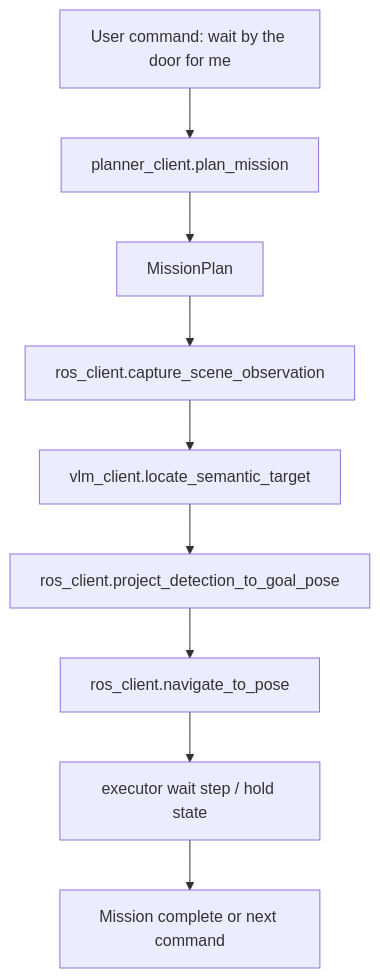
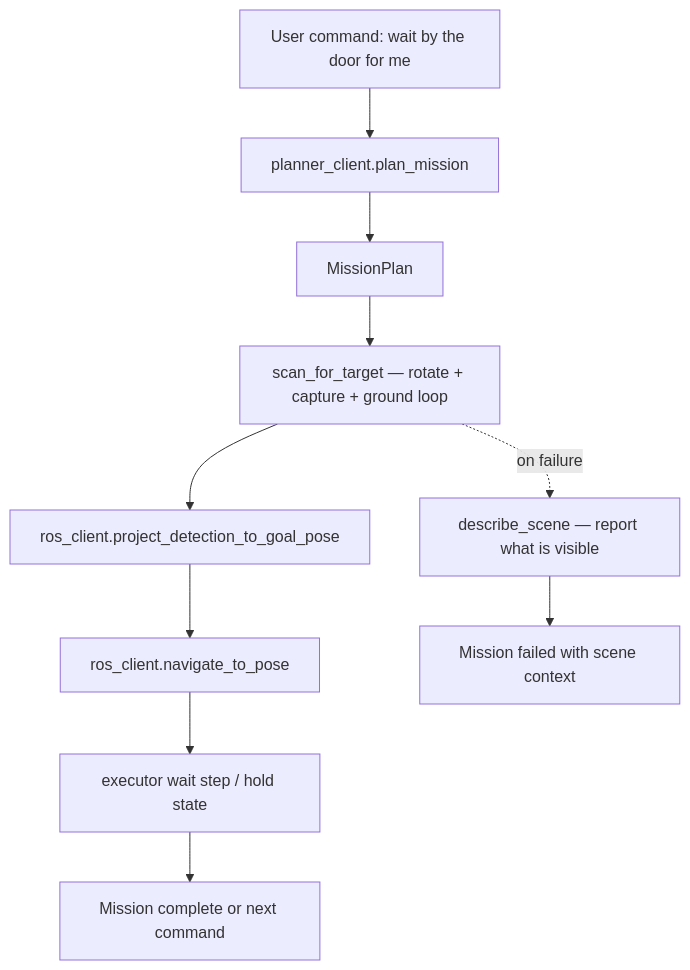
One commit to zachoines/Sim2RealLab changed the fourth of 6 diagrams in docs/STRAFER_AUTONOMY_SYSTEMS_OVERVIEW.md. Above: the diagram before and after it, drawn with Mermaid. The commit also changed other lines of this file and 5 other files, not shown here.

````diff
--- a/docs/STRAFER_AUTONOMY_SYSTEMS_OVERVIEW.md
+++ b/docs/STRAFER_AUTONOMY_SYSTEMS_OVERVIEW.md
@@ -95,11 +95,12 @@
 ```mermaid
 flowchart TD
     C[User command: wait by the door for me] --> P[planner_client.plan_mission]
     P --> MP[MissionPlan]
-    MP --> OBS[ros_client.capture_scene_observation]
-    OBS --> G[vlm_client.locate_semantic_target]
-    G --> PROJ[ros_client.project_detection_to_goal_pose]
+    MP --> SCAN[scan_for_target — rotate + capture + ground loop]
+    SCAN --> PROJ[ros_client.project_detection_to_goal_pose]
     PROJ --> NAV[ros_client.navigate_to_pose]
     NAV --> WAIT[executor wait step / hold state]
     WAIT --> DONE[Mission complete or next command]
+    SCAN -. on failure .-> DESC[describe_scene — report what is visible]
+    DESC --> FAIL[Mission failed with scene context]
 ```
````
